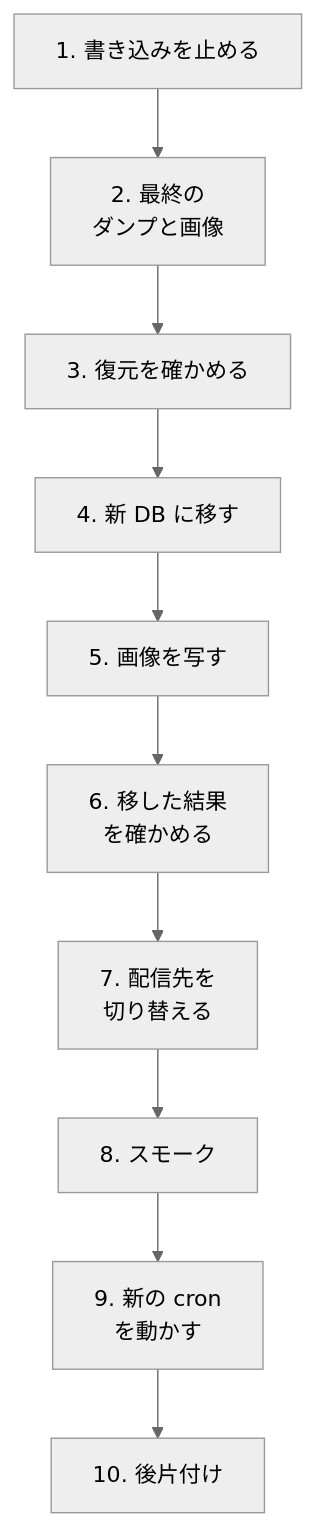
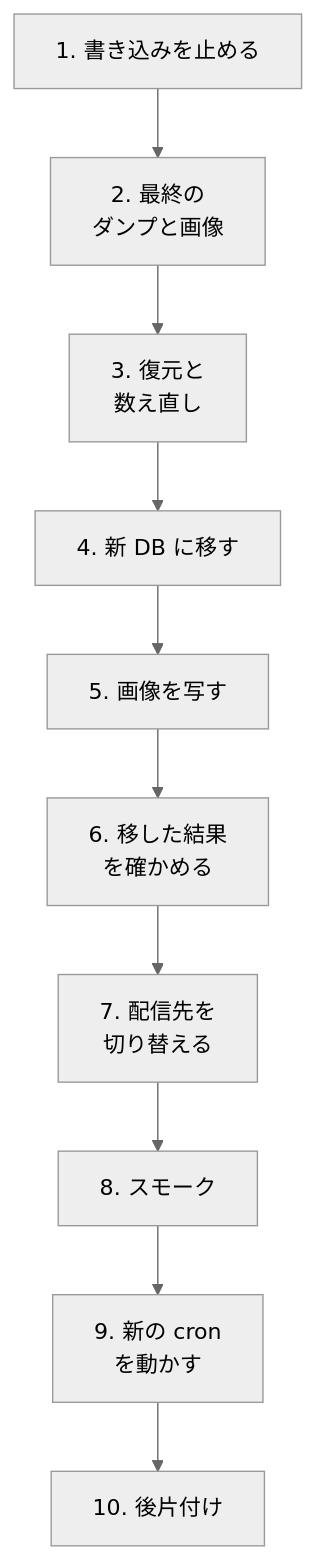
The diagram in docs/cutover.md (t-moriyama-r/cocktail-db), drawn with Mermaid (neutral theme) before and after one commit. The commit also changed other lines of this file and 7 other files, not shown here.

````diff
--- a/docs/cutover.md
+++ b/docs/cutover.md
@@ -25,12 +25,12 @@
 ```mermaid
 flowchart TD
   S1[1. 書き込みを止める] --> S2[2. 最終の<br>ダンプと画像]
-  S2 --> S3[3. 復元を確かめる]
+  S2 --> S3[3. 復元と<br>数え直し]
   S3 --> S4[4. 新 DB に移す]
   S4 --> S5[5. 画像を写す]
   S5 --> S6[6. 移した結果<br>を確かめる]
   S6 --> S7[7. 配信先を<br>切り替える]
   S7 --> S8[8. スモーク]
   S8 --> S9[9. 新の cron<br>を動かす]
   S9 --> S10[10. 後片付け]
 ```
````
